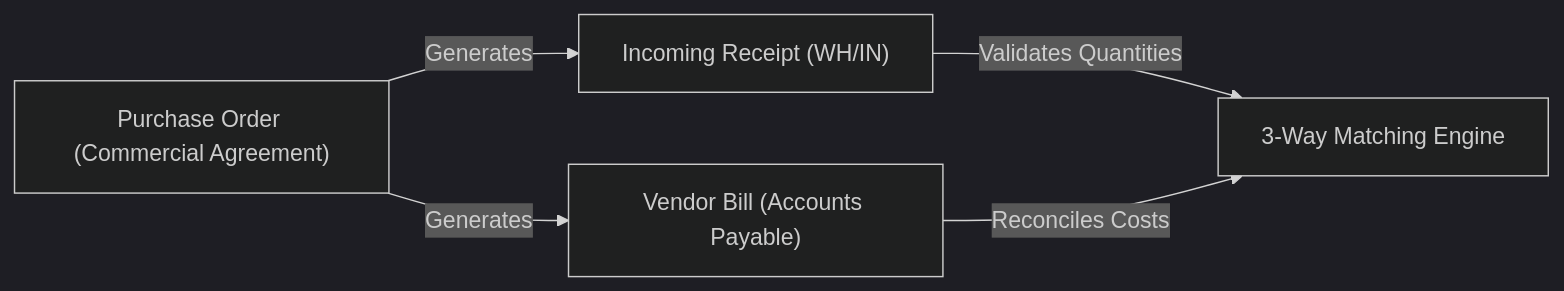
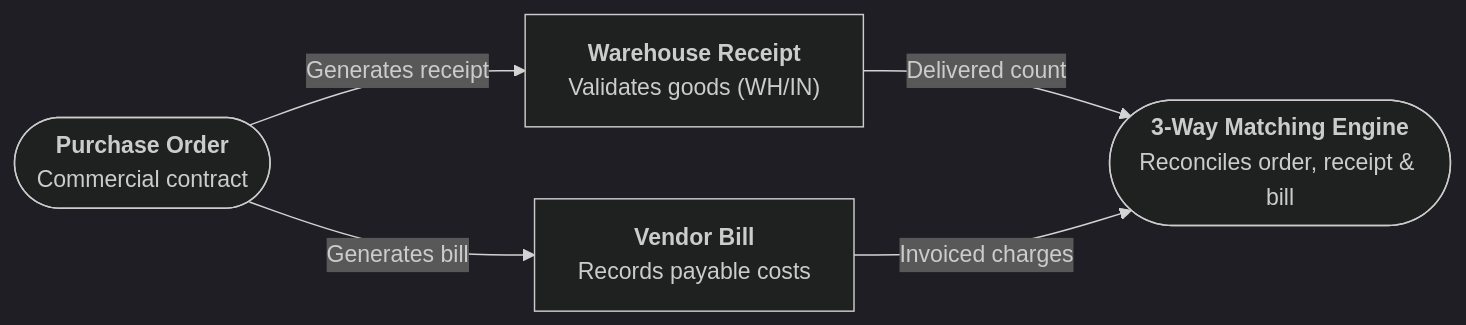
One commit to ManfredNelvin-Dev/curq-documentation changed the second of 2 diagrams in docs/Purchase/core-concepts/01-understanding-the-procurement-lifecycle-and-order-states.md. Above: the diagram before and after it, drawn with Mermaid (dark theme). The commit also changed other lines of this file and 284 other files, not shown here.

````diff
--- a/docs/Purchase/core-concepts/01-understanding-the-procurement-lifecycle-and-order-states.md
+++ b/docs/Purchase/core-concepts/01-understanding-the-procurement-lifecycle-and-order-states.md
@@ -62,7 +60,11 @@
 ```mermaid
 flowchart LR
-    PO["Purchase Order (Commercial Agreement)"] -->|"Generates"| WH["Incoming Receipt (WH/IN)"]
-    PO -->|"Generates"| VB["Vendor Bill (Accounts Payable)"]
-    WH -->|"Validates Quantities"| 3WAY["3-Way Matching Engine"]
-    VB -->|"Reconciles Costs"| 3WAY
+    PO(["`**Purchase Order**
+    Commercial contract`"]) -->|"Generates receipt"| WH["`**Warehouse Receipt**
+    Validates goods (WH/IN)`"]
+    PO -->|"Generates bill"| VB["`**Vendor Bill**
+    Records payable costs`"]
+    WH -->|"Delivered count"| Match(["`**3-Way Matching Engine**
+    Reconciles order, receipt & bill`"])
+    VB -->|"Invoiced charges"| Match
 ```
````
